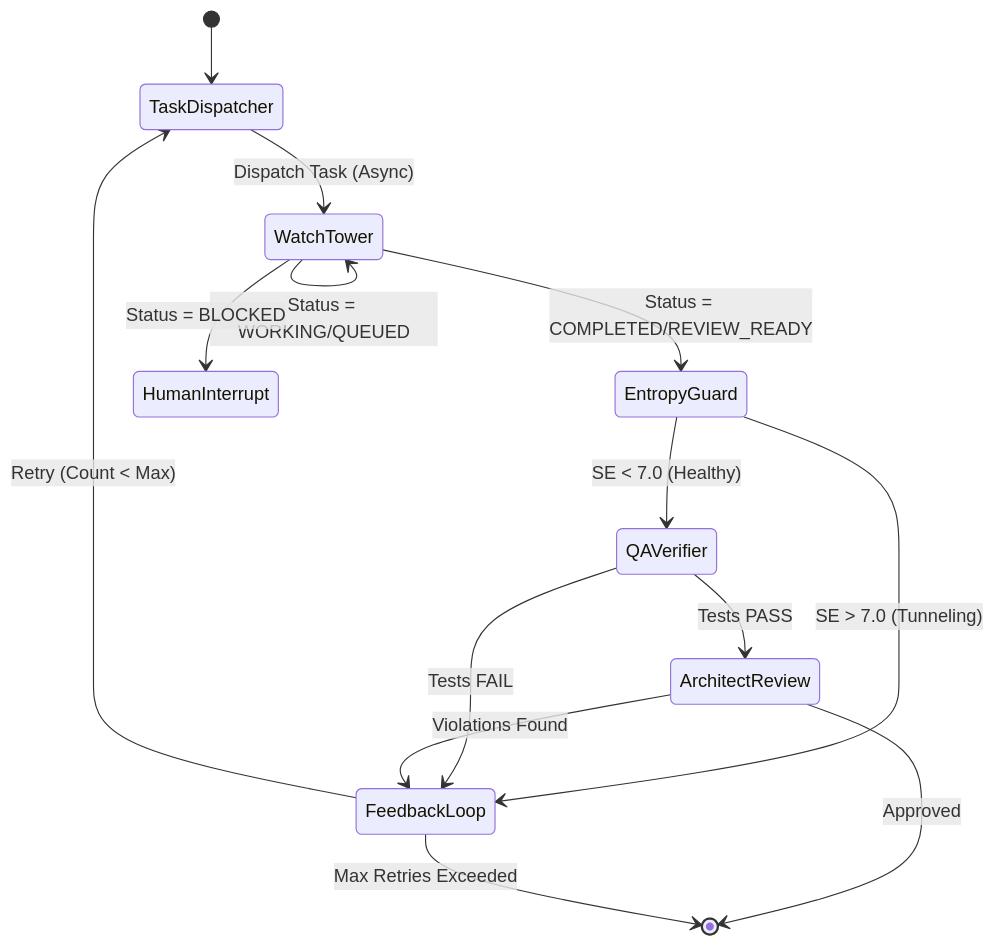
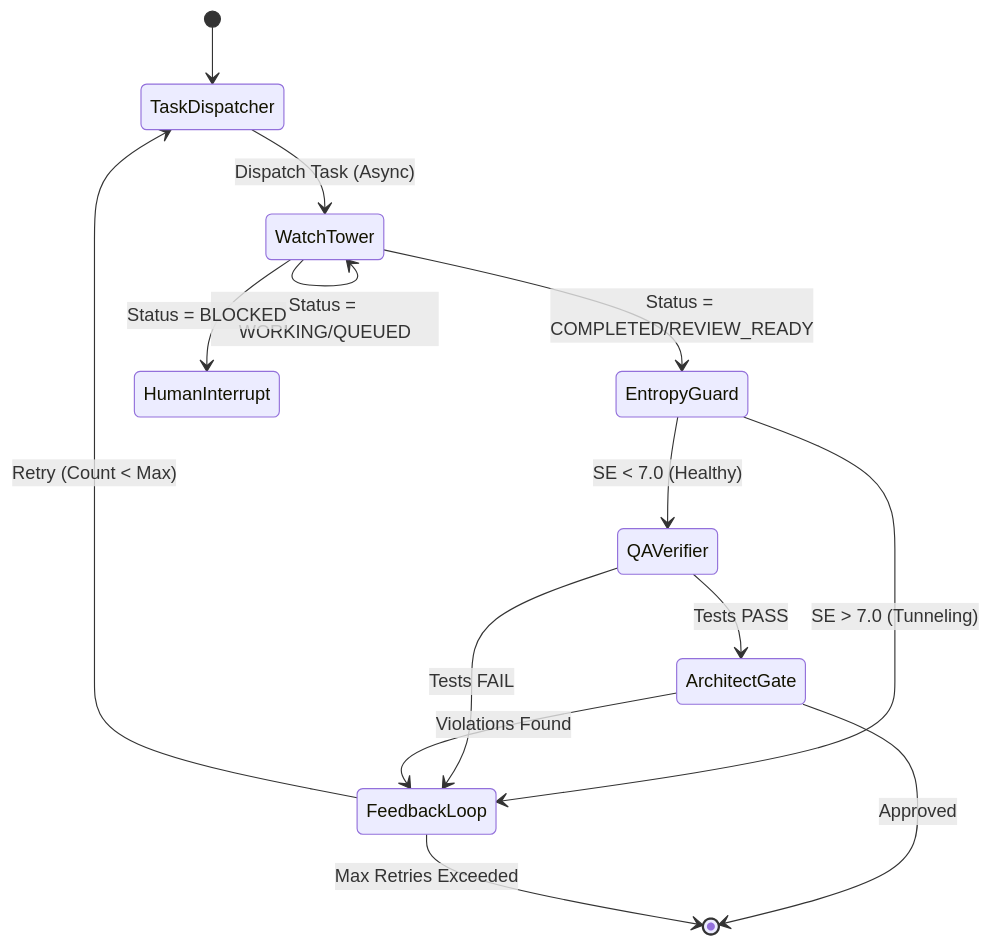
The third of 3 diagrams in DESIGN.md (jonaschen/ai-bsp-agent), drawn with Mermaid before and after one commit. The commit also changed other lines of this file and 2 other files, not shown here.

Commit message:
Refactor Engineer Subgraph to use ArchitectGate
Updates the engineer subgraph topology to explicitly use `ArchitectGate` instead of `ArchitectReview`, aligning with the new design specifications.
- Updated `DESIGN.md` to reflect the new node name.
- Renamed `node_architect_review` to `node_architect_gate` in `studio/subgraphs/engineer.py`.
- Updated routing logic to use `architect_gate`.
- Added `tests/verify_topology.py` to verify the graph structure and transitions.

````diff
--- a/DESIGN.md
+++ b/DESIGN.md
@@ -124,24 +124,24 @@
 ```mermaid
 stateDiagram-v2
     [*] --> TaskDispatcher
 
     TaskDispatcher --> WatchTower: Dispatch Task (Async)
 
     state WatchTower <<choice>>
     WatchTower --> WatchTower: Status = WORKING/QUEUED
     WatchTower --> EntropyGuard: Status = COMPLETED/REVIEW_READY
     WatchTower --> HumanInterrupt: Status = BLOCKED
 
     state EntropyGuard <<choice>>
     EntropyGuard --> FeedbackLoop: SE > 7.0 (Tunneling)
     EntropyGuard --> QAVerifier: SE < 7.0 (Healthy)
 
-    QAVerifier --> ArchitectReview: Tests PASS
+    QAVerifier --> ArchitectGate: Tests PASS
     QAVerifier --> FeedbackLoop: Tests FAIL
 
-    ArchitectReview --> FeedbackLoop: Violations Found
-    ArchitectReview --> [*]: Approved
+    ArchitectGate --> FeedbackLoop: Violations Found
+    ArchitectGate --> [*]: Approved
 
     FeedbackLoop --> TaskDispatcher: Retry (Count < Max)
     FeedbackLoop --> [*]: Max Retries Exceeded
 ```
````
